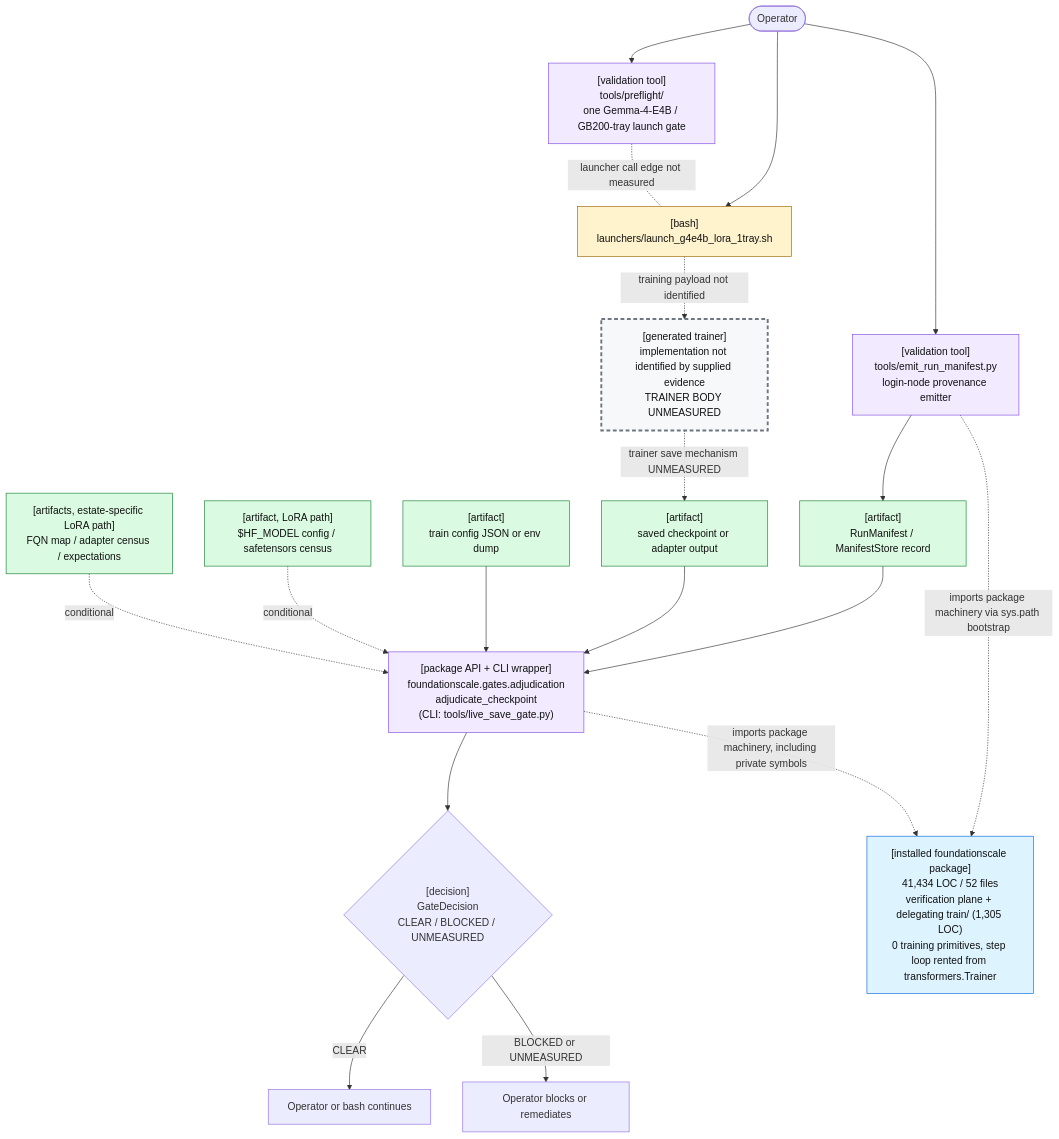
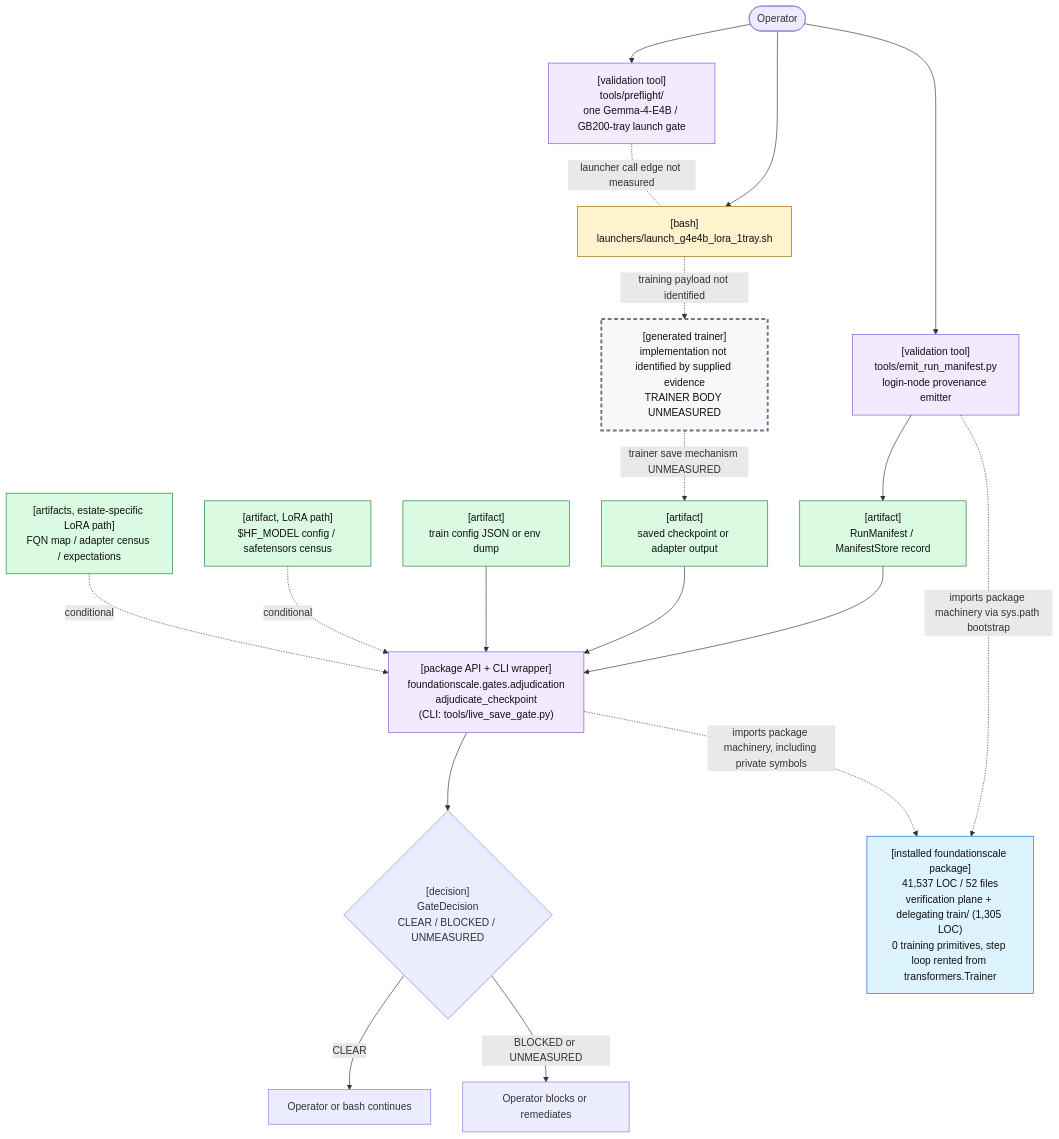
Before and after one commit to TranNhiem/FoundationScale: the first of 2 diagrams in docs/review/D2_current_architecture.md, drawn with Mermaid. The commit also changed other lines of this file and 13 other files, not shown here.

````diff
--- a/docs/review/D2_current_architecture.md
+++ b/docs/review/D2_current_architecture.md
@@ -25,59 +25,59 @@
 ```mermaid
 flowchart TB
   O(["Operator"])
 
   PF["[validation tool]<br/>tools/preflight/<br/>one Gemma-4-E4B / GB200-tray launch gate"]
   L["[bash]<br/>launchers/launch_g4e4b_lora_1tray.sh"]
 
   E["[validation tool]<br/>tools/emit_run_manifest.py<br/>login-node provenance emitter"]
   M["[artifact]<br/>RunManifest / ManifestStore record"]
 
   T["[generated trainer]<br/>implementation not identified by supplied evidence<br/>TRAINER BODY UNMEASURED"]
   C["[artifact]<br/>saved checkpoint or adapter output"]
 
   G["[package API + CLI wrapper]<br/>foundationscale.gates.adjudication<br/>adjudicate_checkpoint<br/>(CLI: tools/live_save_gate.py)"]
   CFG["[artifact]<br/>train config JSON or env dump"]
   BASE["[artifact, LoRA path]<br/>$HF_MODEL config / safetensors census"]
   CEN["[artifacts, estate-specific LoRA path]<br/>FQN map / adapter census / expectations"]
 
   D{"[decision]<br/>GateDecision<br/>CLEAR / BLOCKED / UNMEASURED"}
   OK["Operator or bash continues"]
   NO["Operator blocks or remediates"]
 
-  PKG["[installed foundationscale package]<br/>41,434 LOC / 52 files<br/>verification plane + delegating train/ (1,305 LOC)<br/>0 training primitives, step loop rented from transformers.Trainer"]
+  PKG["[installed foundationscale package]<br/>41,537 LOC / 52 files<br/>verification plane + delegating train/ (1,305 LOC)<br/>0 training primitives, step loop rented from transformers.Trainer"]
 
   O --> PF
   O --> L
   PF -. "launcher call edge not measured" .- L
 
   O --> E
   E --> M
 
   L -. "training payload not identified" .-> T
   T -. "trainer save mechanism UNMEASURED" .-> C
 
   M --> G
   C --> G
   CFG --> G
   BASE -. "conditional" .-> G
   CEN -. "conditional" .-> G
 
   E -. "imports package machinery via sys.path bootstrap" .-> PKG
   G -. "imports package machinery, including private symbols" .-> PKG
 
   G --> D
   D -->|"CLEAR"| OK
   D -->|"BLOCKED or UNMEASURED"| NO
 
   classDef bash fill:#fff3cd,stroke:#9a6700,color:#111;
   classDef tool fill:#f2eaff,stroke:#8250df,color:#111;
   classDef artifact fill:#dafbe1,stroke:#1a7f37,color:#111;
   classDef gap fill:#f6f8fa,stroke:#6e7781,stroke-width:3px,stroke-dasharray: 6 4,color:#111;
   classDef pkg fill:#ddf4ff,stroke:#0969da,color:#111;
 
   class L bash;
   class PF,E,G tool;
   class M,C,CFG,BASE,CEN artifact;
   class T gap;
   class PKG pkg;
 ```
````
